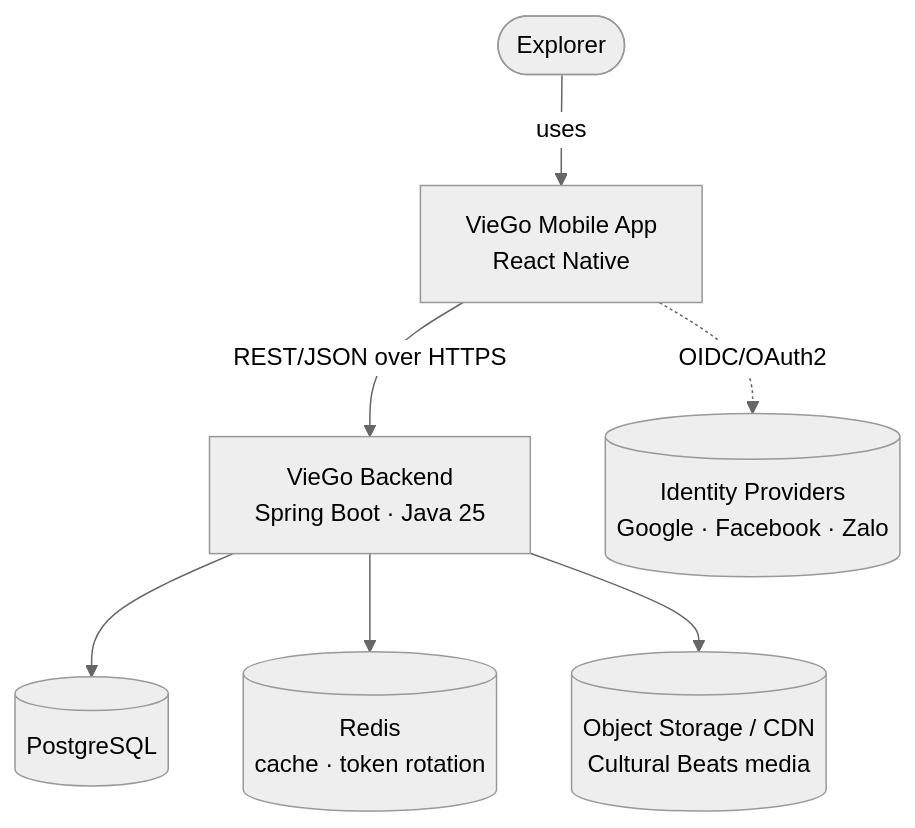
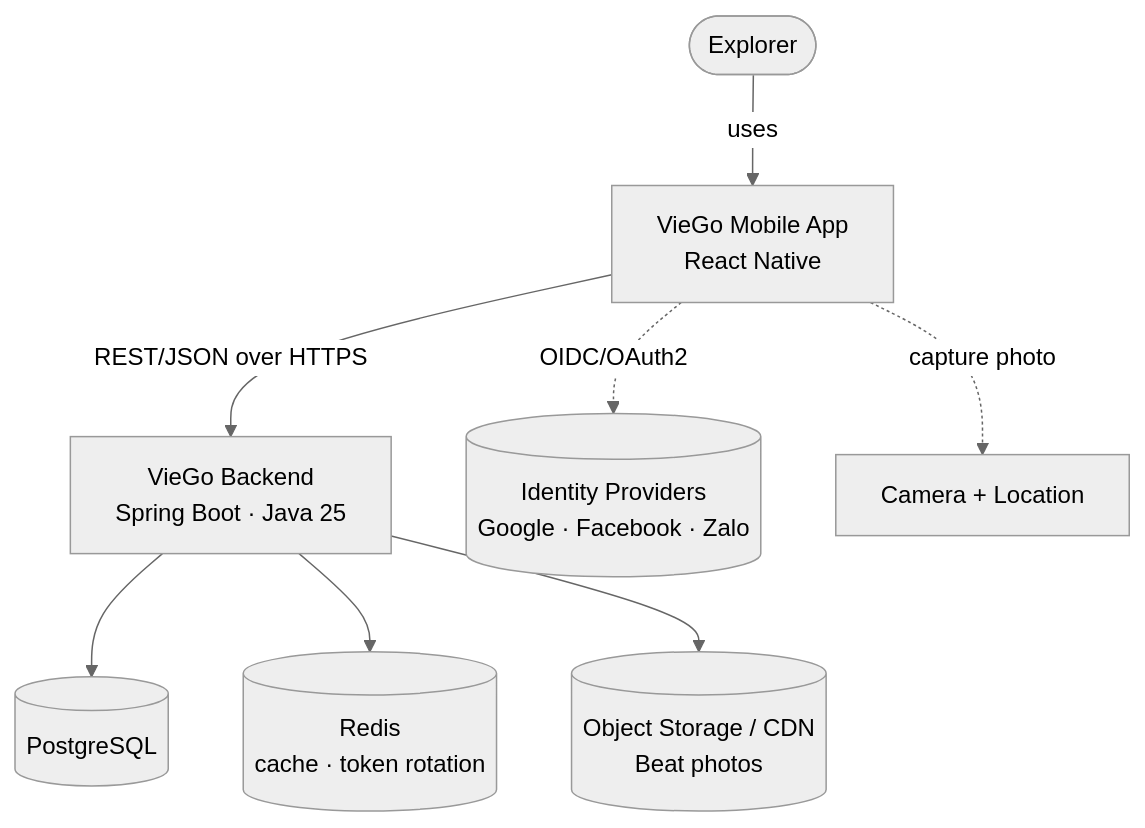
Before and after one commit to Vie-Go/viego-monorepo: the diagram in docs/01-product-documentation/02-authored-system-documentation/software-architecture-document/README.md, drawn with Mermaid (neutral theme). The commit also changed other lines of this file and 53 other files, not shown here.

````diff
--- a/docs/01-product-documentation/02-authored-system-documentation/software-architecture-document/README.md
+++ b/docs/01-product-documentation/02-authored-system-documentation/software-architecture-document/README.md
@@ -42,9 +42,10 @@
 ```mermaid
 flowchart TD
   Explorer([Explorer]) -->|uses| App[VieGo Mobile App\nReact Native]
   App -->|REST/JSON over HTTPS| API[VieGo Backend\nSpring Boot · Java 25]
   App -.->|OIDC/OAuth2| IdP[(Identity Providers\nGoogle · Facebook · Zalo)]
+  App -.->|capture photo| Cam[Camera + Location]
   API --> DB[(PostgreSQL)]
   API --> Cache[(Redis\ncache · token rotation)]
-  API --> Media[(Object Storage / CDN\nCultural Beats media)]
+  API --> Media[(Object Storage / CDN\nBeat photos)]
 ```
````
